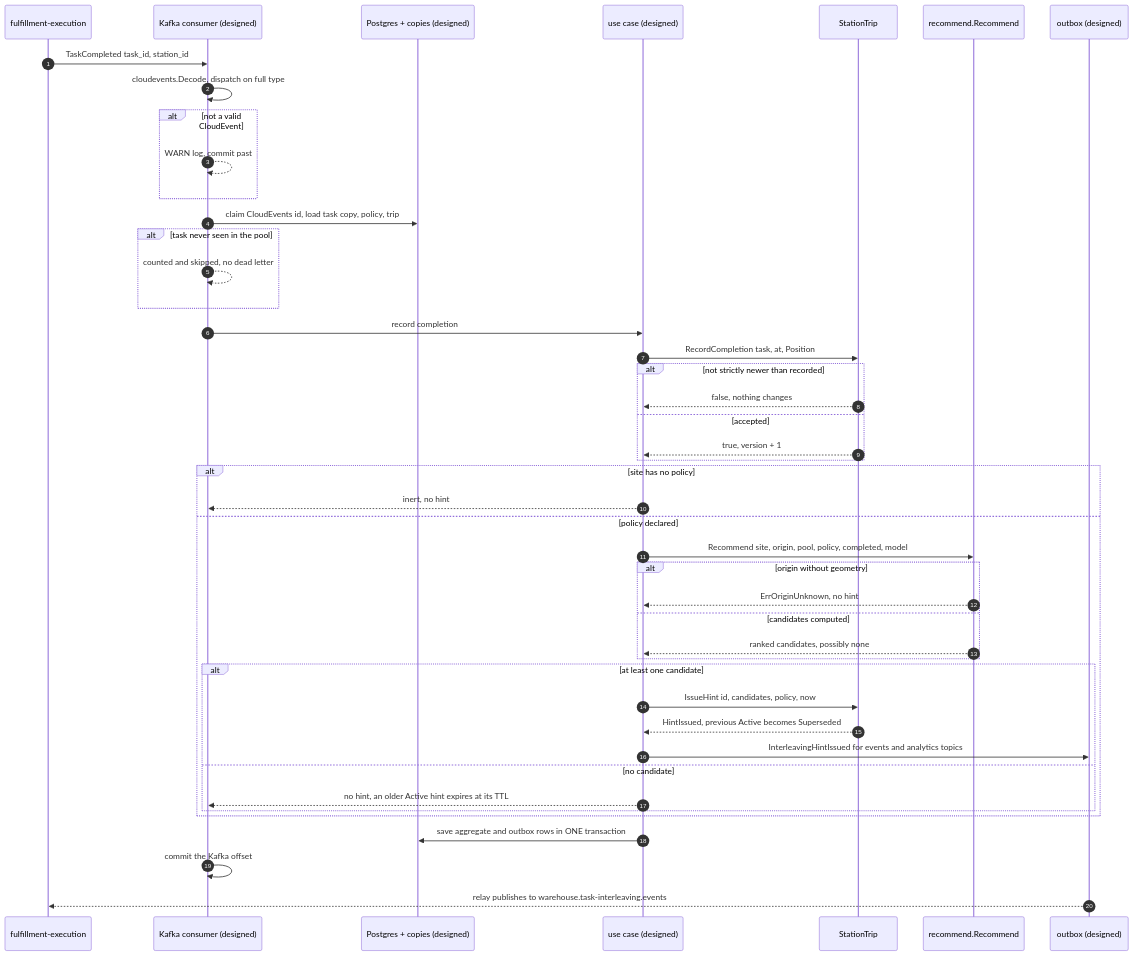
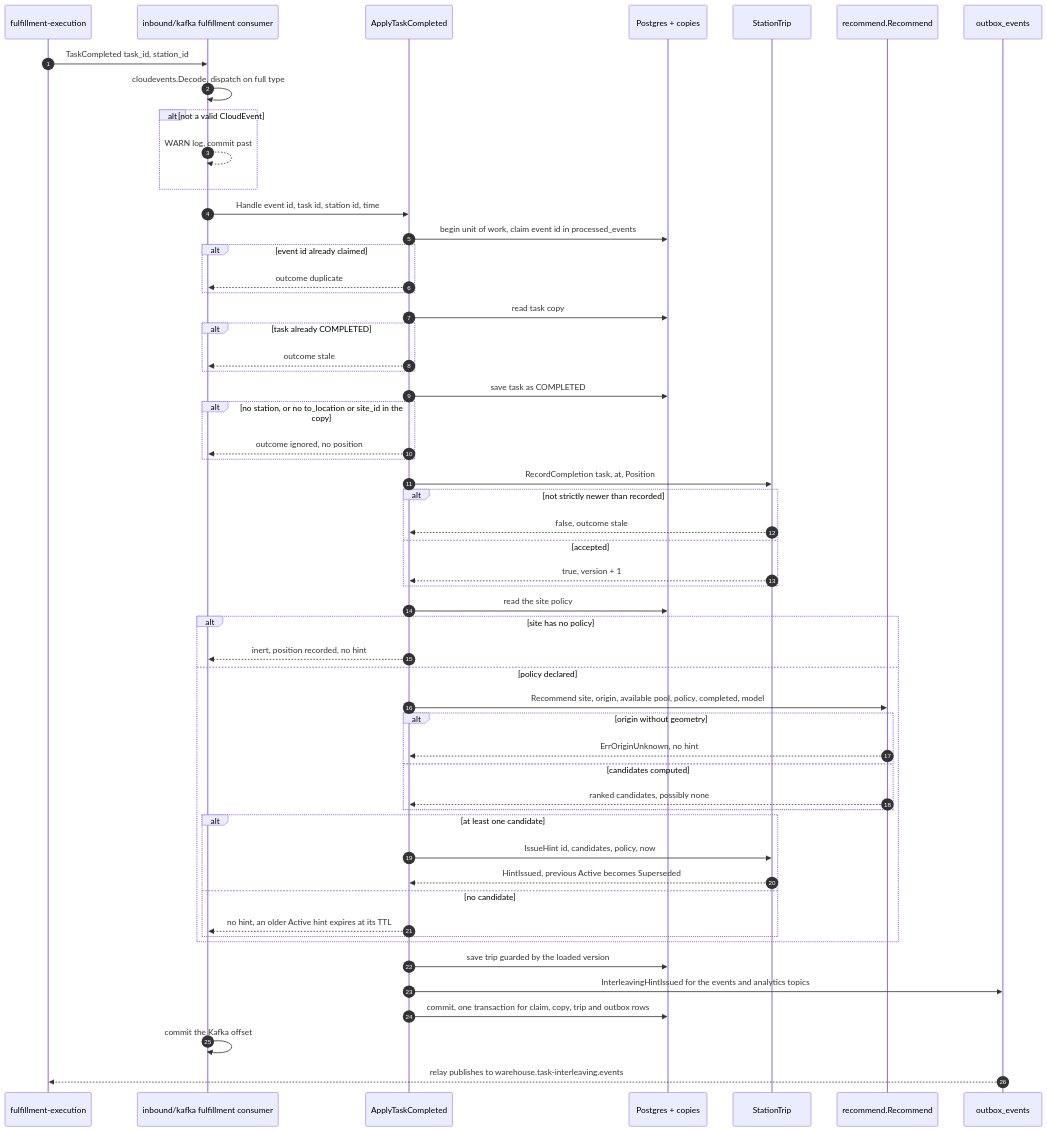
One commit to IQVO/task-interleaving changed the first of 5 diagrams in docs/docs/ddd/sequence-diagrams.md. Above: the diagram before and after it, drawn with Mermaid. The commit also changed other lines of this file and 15 other files, not shown here.

````diff
--- a/docs/docs/ddd/sequence-diagrams.md
+++ b/docs/docs/ddd/sequence-diagrams.md
@@ -17,48 +17,58 @@
 ```mermaid
 sequenceDiagram
     autonumber
     participant FE as fulfillment-execution
-    participant K as Kafka consumer (designed)
-    participant DB as Postgres + copies (designed)
-    participant UC as use case (designed)
+    participant K as inbound/kafka fulfillment consumer
+    participant UC as ApplyTaskCompleted
+    participant DB as Postgres + copies
     participant T as StationTrip
     participant R as recommend.Recommend
-    participant OB as outbox (designed)
+    participant OB as outbox_events
 
     FE->>K: TaskCompleted task_id, station_id
     K->>K: cloudevents.Decode, dispatch on full type
     alt not a valid CloudEvent
         K-->>K: WARN log, commit past
     end
-    K->>DB: claim CloudEvents id, load task copy, policy, trip
-    alt task never seen in the pool
-        K-->>K: counted and skipped, no dead letter
+    K->>UC: Handle event id, task id, station id, time
+    UC->>DB: begin unit of work, claim event id in processed_events
+    alt event id already claimed
+        UC-->>K: outcome duplicate
     end
-    K->>UC: record completion
+    UC->>DB: read task copy
+    alt task already COMPLETED
+        UC-->>K: outcome stale
+    end
+    UC->>DB: save task as COMPLETED
+    alt no station, or no to_location or site_id in the copy
+        UC-->>K: outcome ignored, no position
+    end
     UC->>T: RecordCompletion task, at, Position
     alt not strictly newer than recorded
-        T-->>UC: false, nothing changes
+        T-->>UC: false, outcome stale
     else accepted
         T-->>UC: true, version + 1
     end
+    UC->>DB: read the site policy
     alt site has no policy
-        UC-->>K: inert, no hint
+        UC-->>K: inert, position recorded, no hint
     else policy declared
-        UC->>R: Recommend site, origin, pool, policy, completed, model
+        UC->>R: Recommend site, origin, available pool, policy, completed, model
         alt origin without geometry
             R-->>UC: ErrOriginUnknown, no hint
         else candidates computed
             R-->>UC: ranked candidates, possibly none
         end
         alt at least one candidate
             UC->>T: IssueHint id, candidates, policy, now
             T-->>UC: HintIssued, previous Active becomes Superseded
-            UC->>OB: InterleavingHintIssued for events and analytics topics
         else no candidate
             UC-->>K: no hint, an older Active hint expires at its TTL
         end
     end
-    UC->>DB: save aggregate and outbox rows in ONE transaction
+    UC->>DB: save trip guarded by the loaded version
+    UC->>OB: InterleavingHintIssued for the events and analytics topics
+    UC->>DB: commit, one transaction for claim, copy, trip and outbox rows
     K->>K: commit the Kafka offset
     OB-->>FE: relay publishes to warehouse.task-interleaving.events
 ```
````
